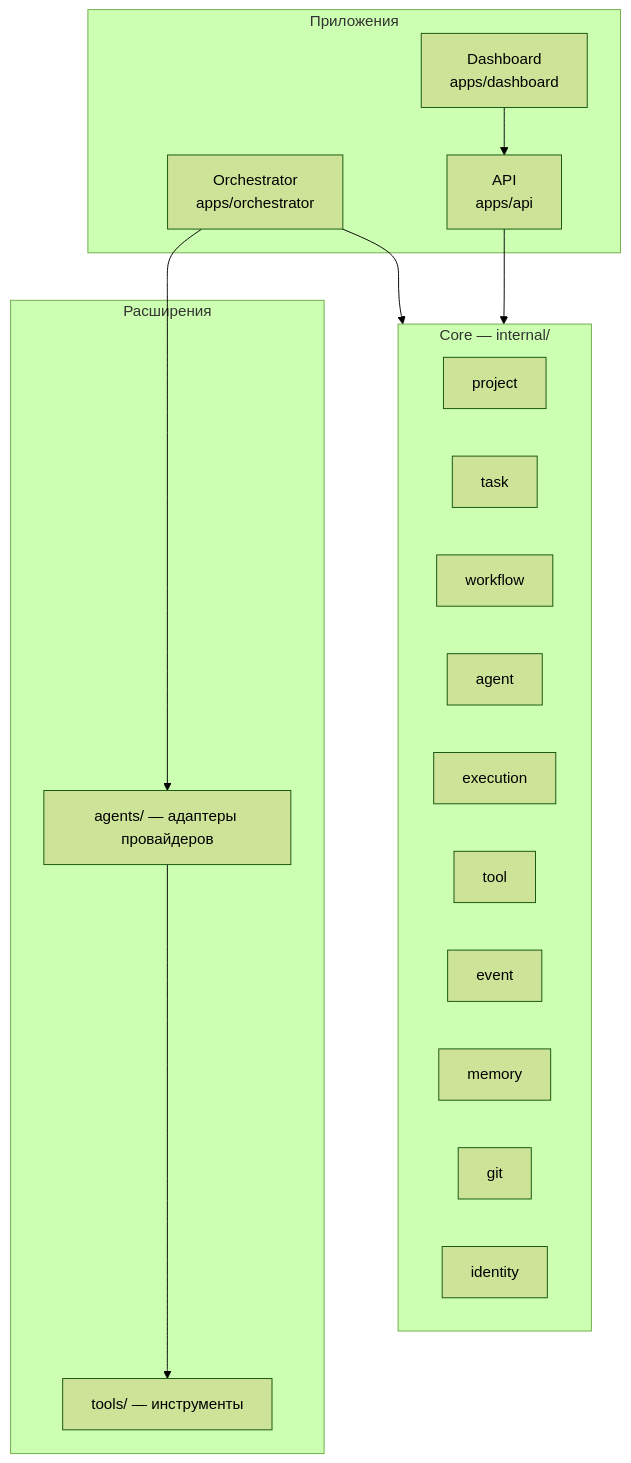
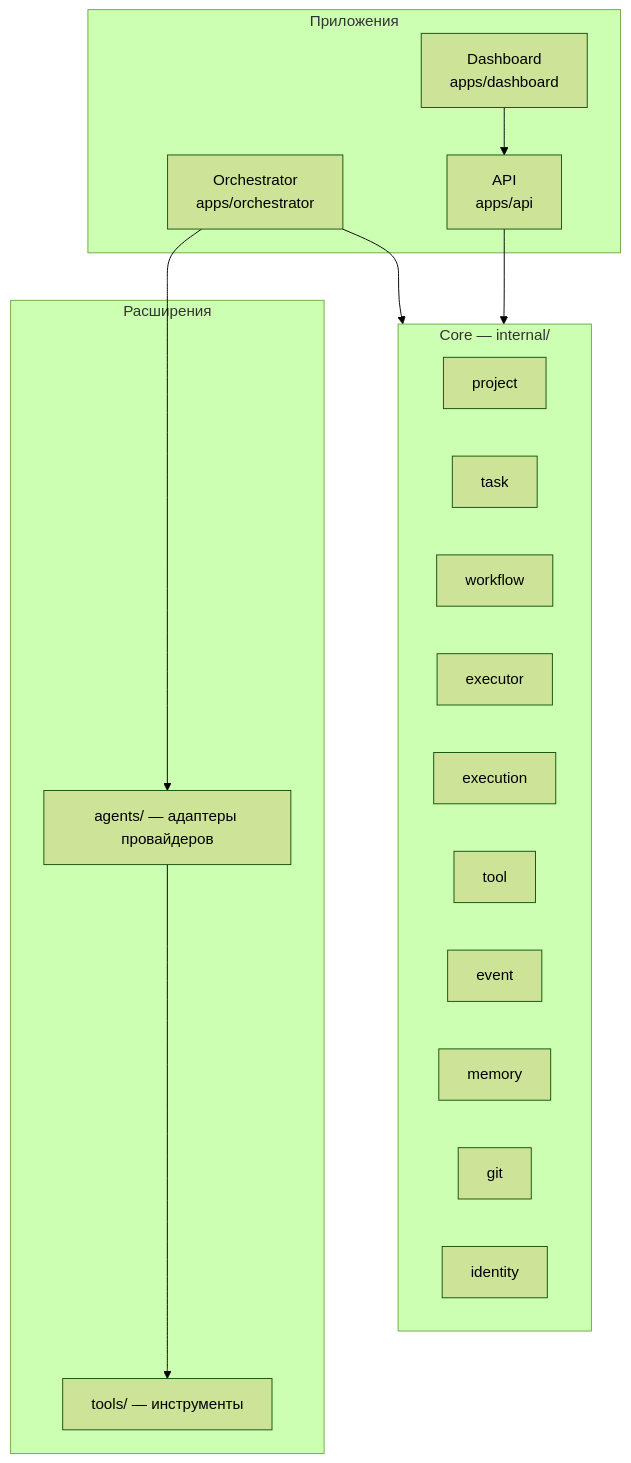
Before and after one commit to nikibrdev/ai-studio-os: the diagram in docs/architecture/components.md, drawn with Mermaid (forest theme). The commit also changed other lines of this file and 8 other files, not shown here.

````diff
--- a/docs/architecture/components.md
+++ b/docs/architecture/components.md
@@ -11,29 +11,29 @@
 ```mermaid
 flowchart TB
     subgraph APPS["Приложения"]
         DASH["Dashboard<br/>apps/dashboard"]
         APIAPP["API<br/>apps/api"]
         ORCH["Orchestrator<br/>apps/orchestrator"]
     end
     subgraph COREBOX["Core — internal/"]
         PRJ["project"]
         TSK["task"]
         WF["workflow"]
-        AGM["agent"]
+        AGM["executor"]
         EXE["execution"]
         TLM["tool"]
         EVT["event"]
         MEM["memory"]
         GIT["git"]
         IDN["identity"]
     end
     subgraph EXT["Расширения"]
         ADP["agents/ — адаптеры провайдеров"]
         TLS["tools/ — инструменты"]
     end
     DASH --> APIAPP
     APIAPP --> COREBOX
     ORCH --> COREBOX
     ORCH --> ADP
     ADP --> TLS
 ```
````
